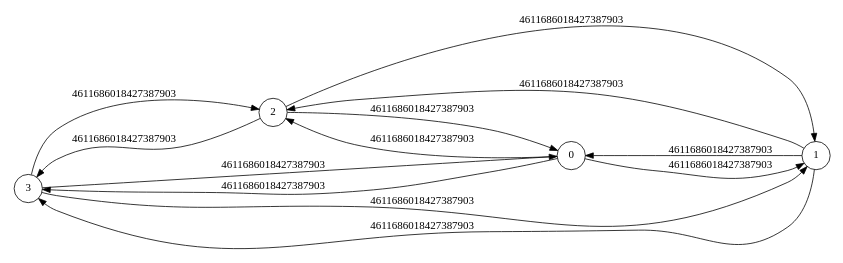
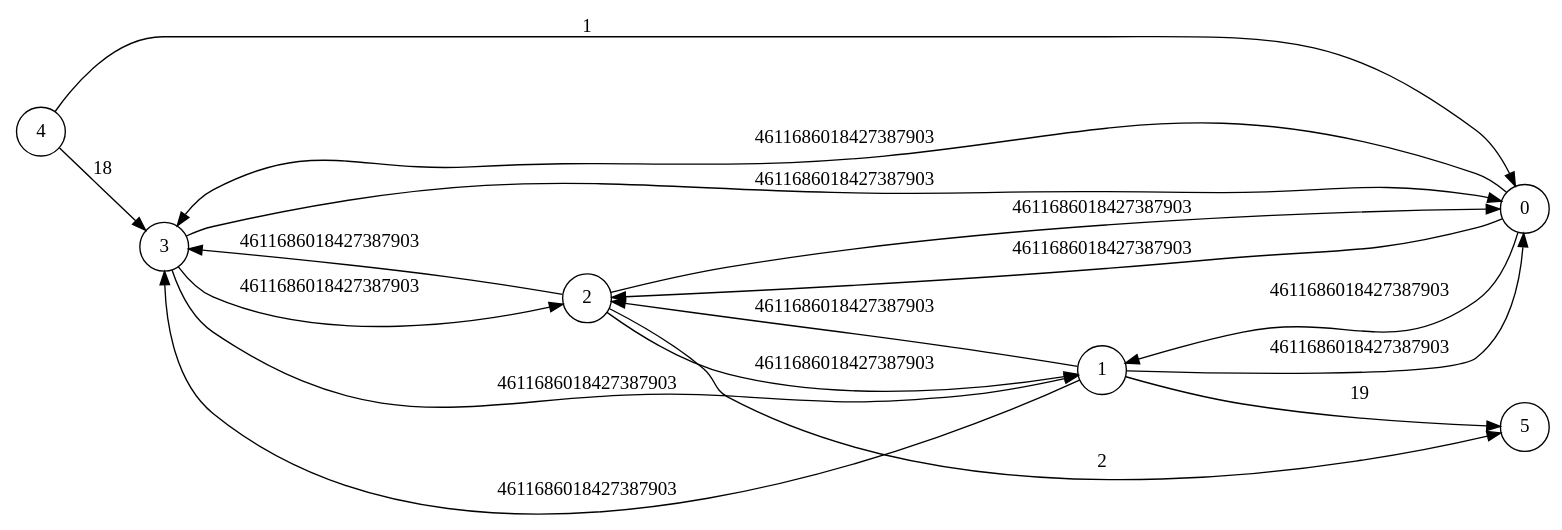
One commit to pierre-ung/Ford-Fulkerson_ocaml_project changed the diagram in outfile.dot. Above: the diagram before and after it, drawn with Graphviz. The commit also changed 8 other files, not shown here.

```diff
--- a/outfile.dot
+++ b/outfile.dot
@@ -1,16 +1,20 @@
 digraph finite_state_machine {
                   rankdir=LR;
-                  size="8,5"
+                  size="15"
                   node [shape = circle];3 -> 2 [label = "4611686018427387903"];
 3 -> 1 [label = "4611686018427387903"];
 3 -> 0 [label = "4611686018427387903"];
+0 -> 3 [label = "4611686018427387903"];
+0 -> 2 [label = "4611686018427387903"];
+0 -> 1 [label = "4611686018427387903"];
+1 -> 3 [label = "4611686018427387903"];
+1 -> 2 [label = "4611686018427387903"];
+1 -> 0 [label = "4611686018427387903"];
+1 -> 5 [label = "19"];
 2 -> 3 [label = "4611686018427387903"];
 2 -> 1 [label = "4611686018427387903"];
 2 -> 0 [label = "4611686018427387903"];
-1 -> 3 [label = "4611686018427387903"];
-1 -> 2 [label = "4611686018427387903"];
-1 -> 0 [label = "4611686018427387903"];
-0 -> 3 [label = "4611686018427387903"];
-0 -> 2 [label = "4611686018427387903"];
-0 -> 1 [label = "4611686018427387903"];
+2 -> 5 [label = "2"];
+4 -> 0 [label = "1"];
+4 -> 3 [label = "18"];
 }
```
